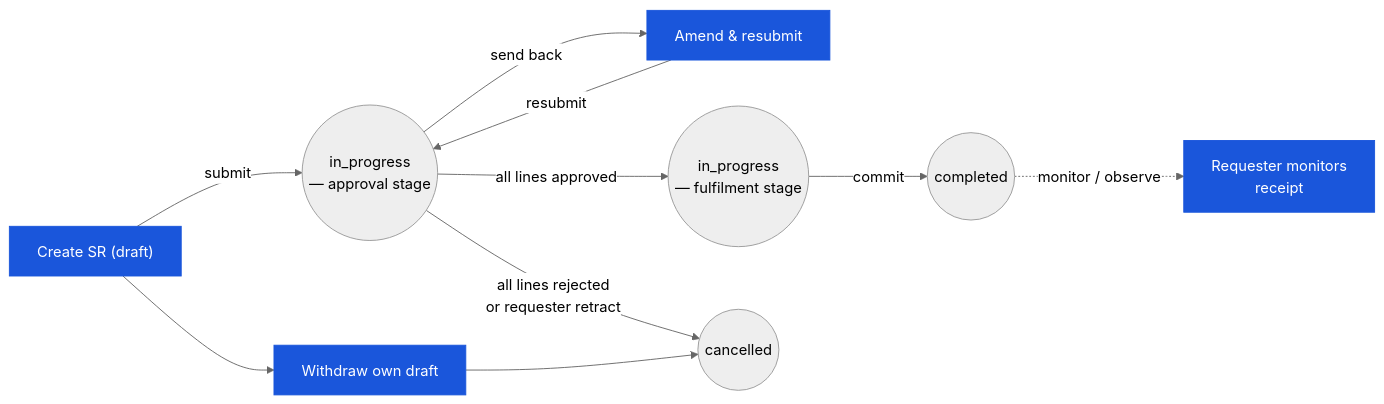
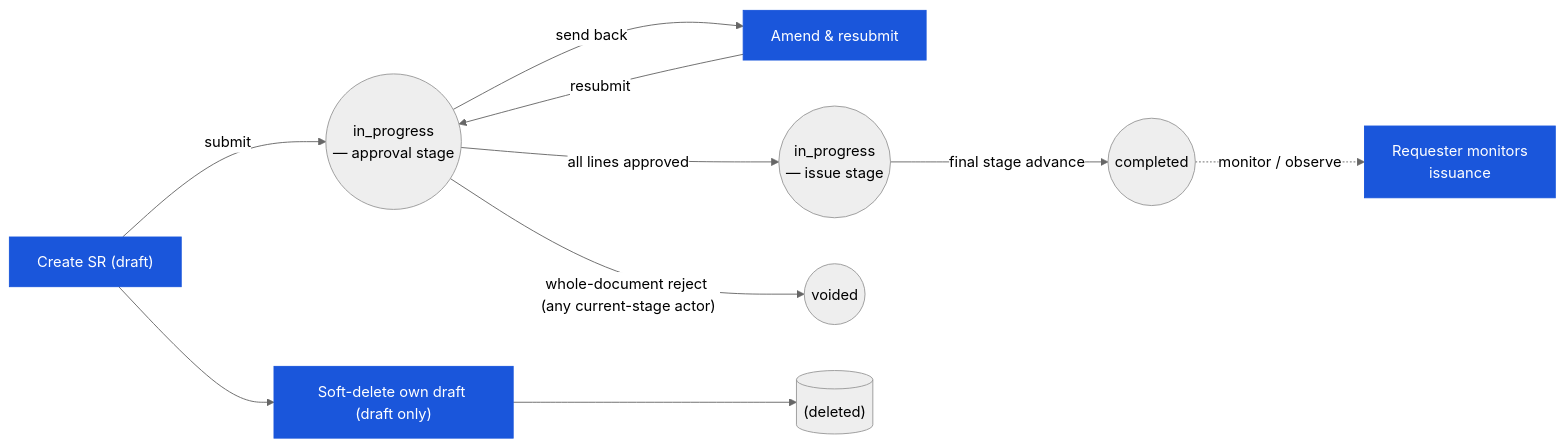
One commit to CarmenSoftware-organization/carmen-wiki changed the diagram in en/inventory/store-requisition/03-user-flow-requester.md. Above: the diagram before and after it, drawn with Mermaid (neutral theme). The commit also changed other lines of this file and 34 other files, not shown here.

````diff
--- a/en/inventory/store-requisition/03-user-flow-requester.md
+++ b/en/inventory/store-requisition/03-user-flow-requester.md
@@ -23,13 +24,13 @@
 ```mermaid
 graph LR
     create["Create SR (draft)"]:::current -->|"submit"| approval(("in_progress\n— approval stage"))
     approval -->|"send back"| amend["Amend & resubmit"]:::current
     amend -->|"resubmit"| approval
-    approval -->|"all lines approved"| fulfil(("in_progress\n— fulfilment stage"))
-    fulfil -->|"commit"| completed(("completed"))
-    approval -->|"all lines rejected\nor requester retract"| cancelled(("cancelled"))
-    draft_cancel["Withdraw own draft"]:::current --> cancelled
-    create --> draft_cancel
-    completed -.->|"monitor / observe"| observer["Requester monitors\nreceipt"]:::current
+    approval -->|"all lines approved"| fulfil(("in_progress\n— issue stage"))
+    fulfil -->|"final stage advance"| completed(("completed"))
+    approval -->|"whole-document reject (any current-stage actor)"| voided(("voided"))
+    draft_delete["Soft-delete own draft (draft only)"]:::current --> deleted[("(deleted)")]
+    create --> draft_delete
+    completed -.->|"monitor / observe"| observer["Requester monitors\nissuance"]:::current
     classDef current fill:#1a56db,color:#fff,stroke:#1a56db;
 ```
````
